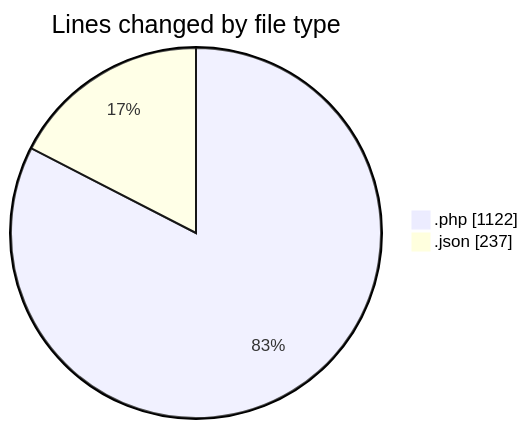
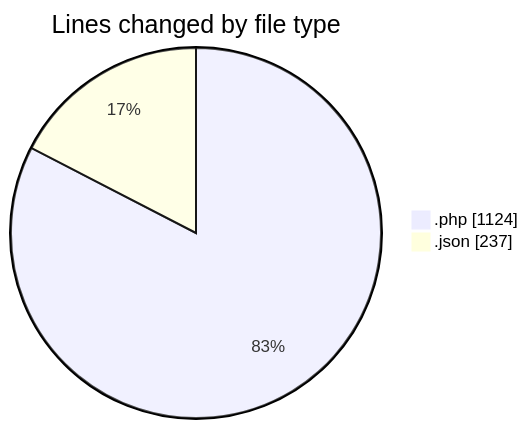
Before and after one commit to idhammustaqopulfikri/code-tracking: the first of 2 diagrams in 2025-05-28/studio-backend/README.md, drawn with Mermaid. The commit also changed other lines of this file and 1 other file, not shown here.

````diff
--- a/2025-05-28/studio-backend/README.md
+++ b/2025-05-28/studio-backend/README.md
@@ -38,6 +38,6 @@
 ```mermaid
 pie showData
 title Lines changed by file type
-".php" : 1122
+".php" : 1124
 ".json" : 237
 ```
````
